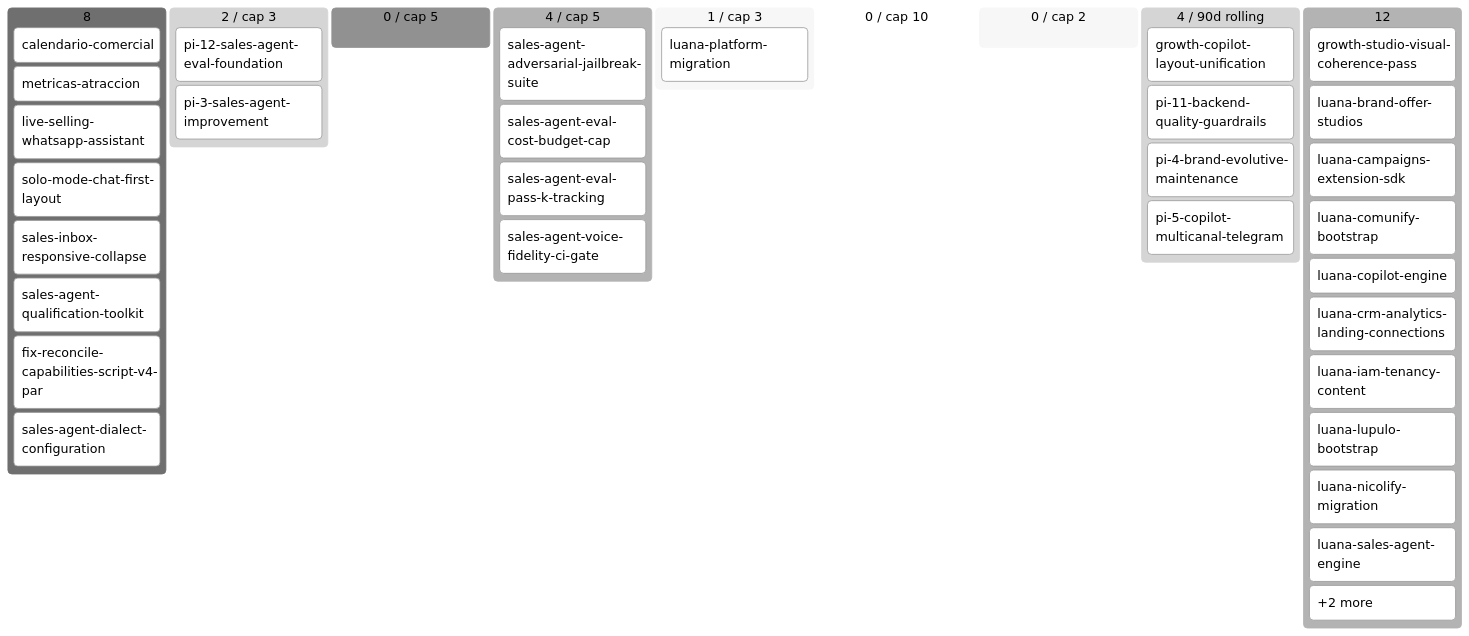
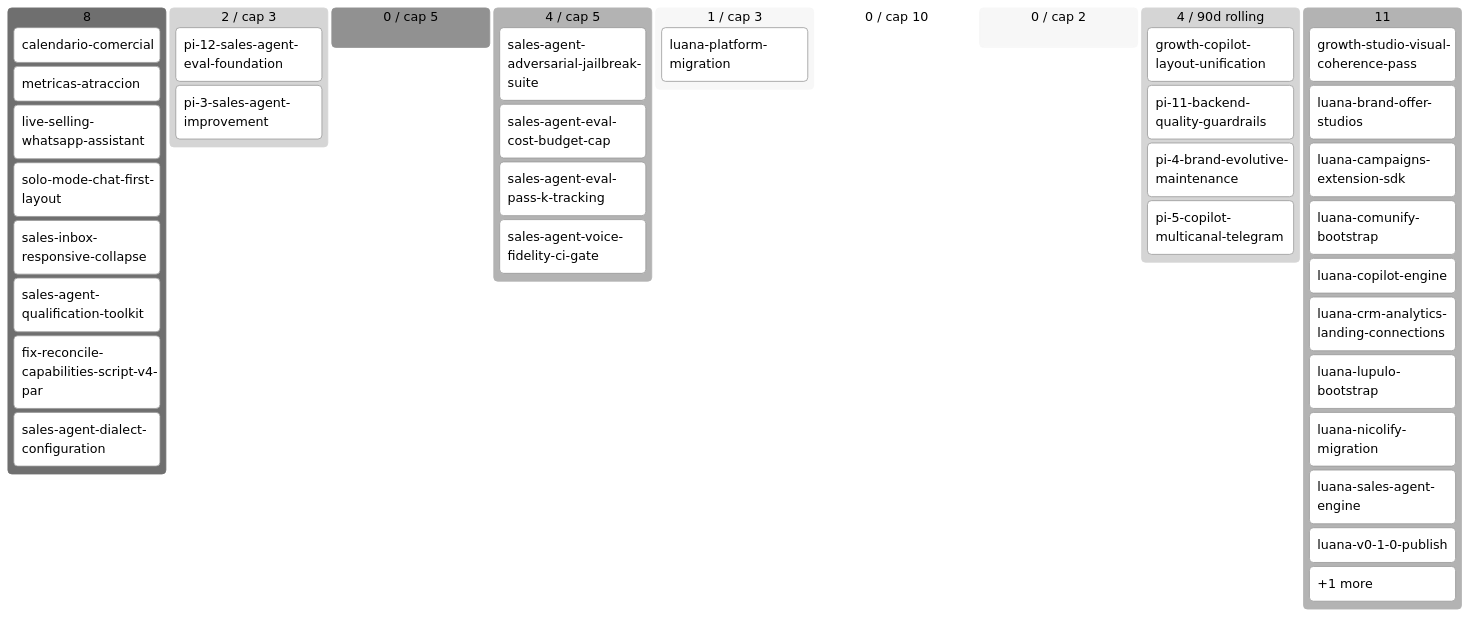
The diagram in docs/product/BACKLOG.md (alpacapurpura/ap_sales_agent), drawn with Mermaid (neutral theme) before and after one commit. The commit also changed other lines of this file and 8 other files, not shown here.

First line of the commit message:
feat(luana-iam-tenancy-content): story 3 developed — 20/20 validators GREEN

````diff
--- a/docs/product/BACKLOG.md
+++ b/docs/product/BACKLOG.md
@@ -69,42 +68,42 @@
 ```mermaid
 kanban
   💡 Ideas (8)
     calendario-comercial[calendario-comercial]
     metricas-atraccion[metricas-atraccion]
     live-selling-whatsapp-assistan[live-selling-whatsapp-assistant]
     solo-mode-chat-first-layout[solo-mode-chat-first-layout]
     sales-inbox-responsive-collaps[sales-inbox-responsive-collapse]
     sales-agent-qualification-tool[sales-agent-qualification-toolkit]
     fix-reconcile-capabilities-scr[fix-reconcile-capabilities-script-v4-par]
     sales-agent-dialect-configurat[sales-agent-dialect-configuration]
   🔬 Refining (2 / cap 3)
     pi-12-sales-agent-eval-foundat[pi-12-sales-agent-eval-foundation]
     pi-3-sales-agent-improvement[pi-3-sales-agent-improvement]
   ✅ Refined (0 / cap 5)
   📦 Ready (4 / cap 5)
     sales-agent-adversarial-jailbr[sales-agent-adversarial-jailbreak-suite]
     sales-agent-eval-cost-budget-c[sales-agent-eval-cost-budget-cap]
     sales-agent-eval-pass-k-tracki[sales-agent-eval-pass-k-tracking]
     sales-agent-voice-fidelity-ci-[sales-agent-voice-fidelity-ci-gate]
   🔨 Developing (1 / cap 3)
     luana-platform-migration[luana-platform-migration]
   🧪 Developed (0 / cap 10)
   🔍 Reviewing (0 / cap 2)
   ✅ Done (4 / 90d rolling)
     growth-copilot-layout-unificat[growth-copilot-layout-unification]
     pi-11-backend-quality-guardrai[pi-11-backend-quality-guardrails]
     pi-4-brand-evolutive-maintenan[pi-4-brand-evolutive-maintenance]
     pi-5-copilot-multicanal-telegr[pi-5-copilot-multicanal-telegram]
-  🅿 Parked (12)
+  🅿 Parked (11)
     growth-studio-visual-coherence[growth-studio-visual-coherence-pass]
     luana-brand-offer-studios[luana-brand-offer-studios]
     luana-campaigns-extension-sdk[luana-campaigns-extension-sdk]
     luana-comunify-bootstrap[luana-comunify-bootstrap]
     luana-copilot-engine[luana-copilot-engine]
     luana-crm-analytics-landing-co[luana-crm-analytics-landing-connections]
-    luana-iam-tenancy-content[luana-iam-tenancy-content]
     luana-lupulo-bootstrap[luana-lupulo-bootstrap]
     luana-nicolify-migration[luana-nicolify-migration]
     luana-sales-agent-engine[luana-sales-agent-engine]
-    overflow-🅿 Parked[+2 more]
+    luana-v0-1-0-publish[luana-v0-1-0-publish]
+    overflow-🅿 Parked[+1 more]
 ```
````
